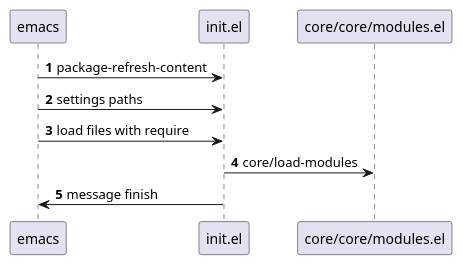
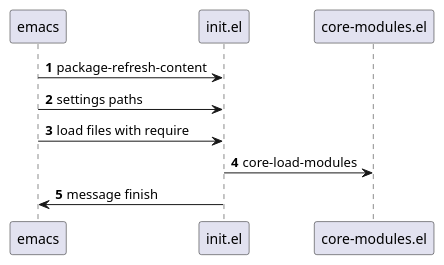
One commit to luismayta/emacs.d changed the diagram in docs/source/_static/sequences_init.plantuml. Above: the diagram before and after it, drawn with PlantUML. The commit also changed 1 other file, not shown here.

```diff
--- a/docs/source/_static/sequences_init.plantuml
+++ b/docs/source/_static/sequences_init.plantuml
@@ -1,8 +1,8 @@
 @startuml
 autonumber
 emacs -> init.el : package-refresh-content
 emacs -> init.el : settings paths
 emacs -> init.el : load files with require
-init.el -> "core/core/modules.el" : core/load-modules
+init.el -> "core-modules.el" : core-load-modules
 init.el -> emacs : message finish
 @enduml
```
